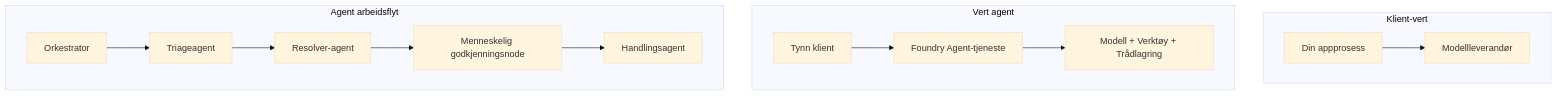
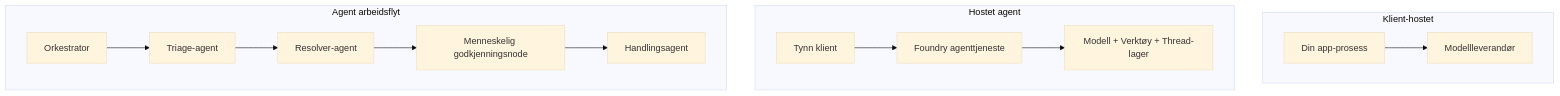
Before and after one commit to gabrielmoreira/agent-skills-mirror: the first of 4 diagrams in mirrors/repos/microsoft@ai-agents-for-beginners/translations/no/16-deploying-scalable-agents/README.md, drawn with Mermaid (base theme). The commit also changed other lines of this file and 4262 other files, not shown here.

````diff
--- a/mirrors/repos/microsoft@ai-agents-for-beginners/translations/no/16-deploying-scalable-agents/README.md
+++ b/mirrors/repos/microsoft@ai-agents-for-beginners/translations/no/16-deploying-scalable-agents/README.md
@@ -87,16 +87,16 @@
 ```mermaid
 flowchart TB
-    subgraph P1[Klient-vert]
-        A1[Din appprosess] --> M1[Modellleverandør]
+    subgraph P1[Klient-hostet]
+        A1[Din app-prosess] --> M1[Modellleverandør]
     end
-    subgraph P2[Vert agent]
-        A2[Tynn klient] --> F2[Foundry Agent-tjeneste]
-        F2 --> M2[Modell + Verktøy + Trådlagring]
+    subgraph P2[Hostet agent]
+        A2[Tynn klient] --> F2[Foundry agenttjeneste]
+        F2 --> M2[Modell + Verktøy + Thread-lager]
     end
     subgraph P3[Agent arbeidsflyt]
-        A3[Orkestrator] --> S1[Triageagent]
+        A3[Orkestrator] --> S1[Triage-agent]
         S1 --> S2[Resolver-agent]
         S2 --> H[Menneskelig godkjenningsnode]
         H --> S3[Handlingsagent]
     end
 ```
````
